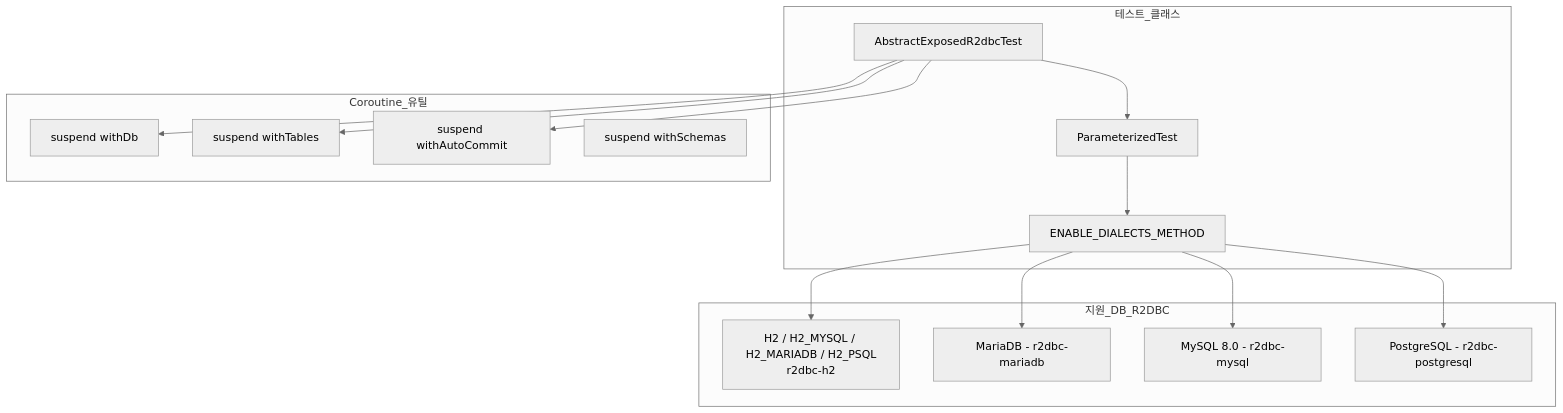
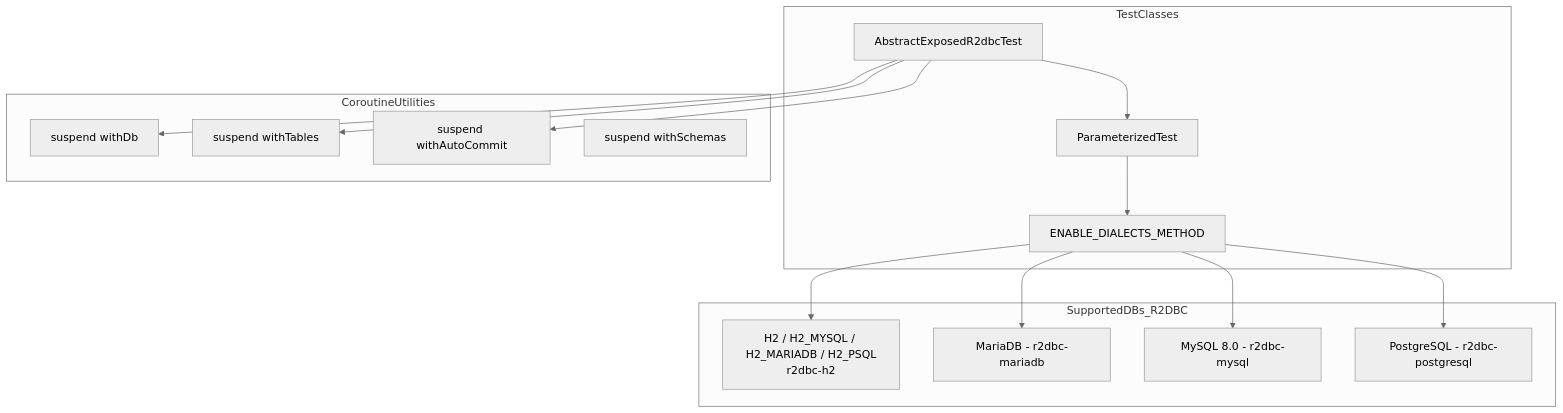
The first of 2 diagrams in data/exposed-r2dbc-tests/README.md (bluetape4k/bluetape4k-projects), drawn with Mermaid (neutral theme) before and after one commit. The commit also changed other lines of this file and 265 other files, not shown here.

````diff
--- a/data/exposed-r2dbc-tests/README.md
+++ b/data/exposed-r2dbc-tests/README.md
@@ -277,30 +279,30 @@
 ```mermaid
 flowchart TD
-    subgraph 테스트_클래스
+    subgraph TestClasses
         A[AbstractExposedR2dbcTest] --> B[ParameterizedTest]
         B --> C[ENABLE_DIALECTS_METHOD]
     end
 
-    subgraph 지원_DB_R2DBC
+    subgraph SupportedDBs_R2DBC
         D[H2 / H2_MYSQL / H2_MARIADB / H2_PSQL<br/>r2dbc-h2]
         E[MariaDB - r2dbc-mariadb]
         F[MySQL 8.0 - r2dbc-mysql]
         G[PostgreSQL - r2dbc-postgresql]
     end
 
-    subgraph Coroutine_유틸
+    subgraph CoroutineUtilities
         H[suspend withDb]
         I[suspend withTables]
         J[suspend withAutoCommit]
         K[suspend withSchemas]
     end
 
     C --> D
     C --> E
     C --> F
     C --> G
 
     A --> H
     A --> I
     A --> J
 ```
````
